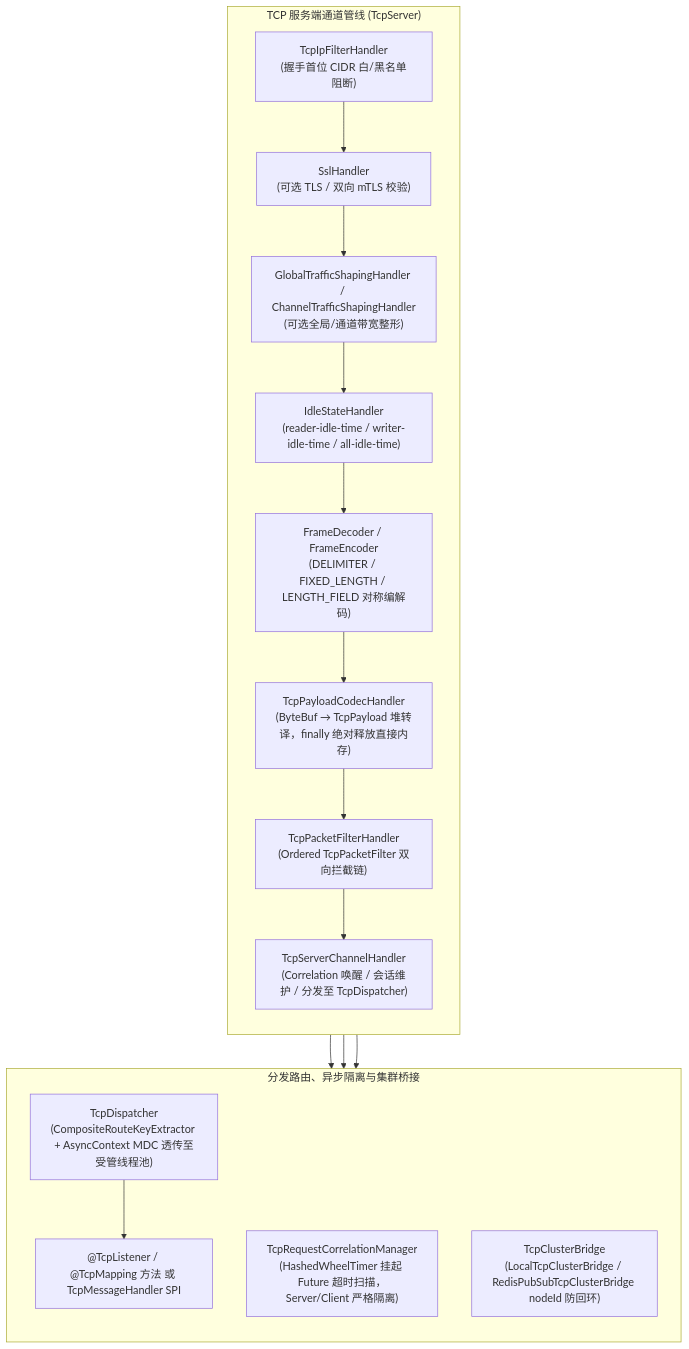
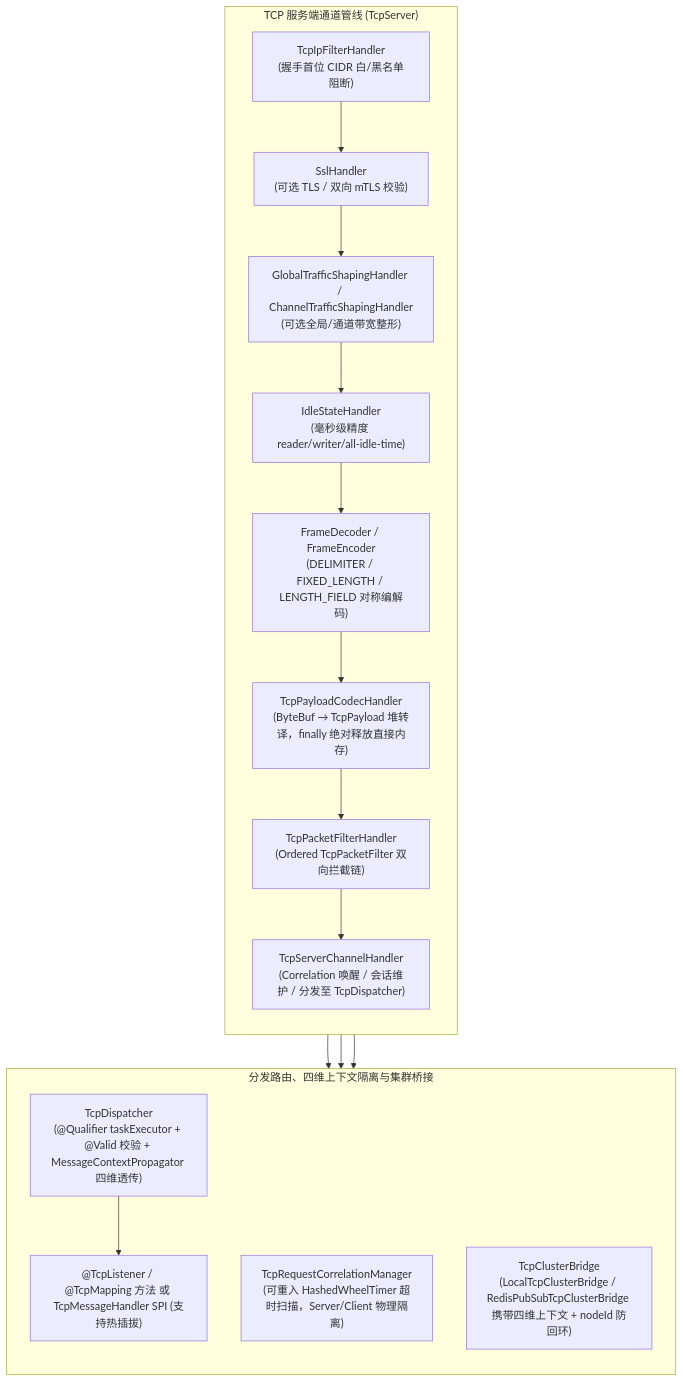
Before and after one commit to atengk/ateng-boot: the diagram in ateng-boot-tcp/README.md, drawn with Mermaid. The commit also changed other lines of this file and 4 other files, not shown here.

````diff
--- a/ateng-boot-tcp/README.md
+++ b/ateng-boot-tcp/README.md
@@ -156,28 +180,28 @@
 ```mermaid
 flowchart TD
     subgraph ServerPipeline["TCP 服务端通道管线 (TcpServer)"]
         direction TB
         S1["TcpIpFilterHandler\n(握手首位 CIDR 白/黑名单阻断)"]
         S2["SslHandler\n(可选 TLS / 双向 mTLS 校验)"]
         S3["GlobalTrafficShapingHandler / ChannelTrafficShapingHandler\n(可选全局/通道带宽整形)"]
-        S4["IdleStateHandler\n(reader-idle-time / writer-idle-time / all-idle-time)"]
+        S4["IdleStateHandler\n(毫秒级精度 reader/writer/all-idle-time)"]
         S5["FrameDecoder / FrameEncoder\n(DELIMITER / FIXED_LENGTH / LENGTH_FIELD 对称编解码)"]
         S6["TcpPayloadCodecHandler\n(ByteBuf → TcpPayload 堆转译，finally 绝对释放直接内存)"]
         S7["TcpPacketFilterHandler\n(Ordered TcpPacketFilter 双向拦截链)"]
         S8["TcpServerChannelHandler\n(Correlation 唤醒 / 会话维护 / 分发至 TcpDispatcher)"]
         S1 --> S2 --> S3 --> S4 --> S5 --> S6 --> S7 --> S8
     end
 
-    subgraph RuntimeAndCluster["分发路由、异步隔离与集群桥接"]
+    subgraph RuntimeAndCluster["分发路由、四维上下文隔离与集群桥接"]
         direction TB
-        D1["TcpDispatcher\n(CompositeRouteKeyExtractor + AsyncContext MDC 透传至受管线程池)"]
-        D2["@TcpListener / @TcpMapping 方法 或 TcpMessageHandler<T> SPI"]
-        C1["TcpRequestCorrelationManager\n(HashedWheelTimer 挂起 Future 超时扫描，Server/Client 严格隔离)"]
-        C2["TcpClusterBridge\n(LocalTcpClusterBridge / RedisPubSubTcpClusterBridge nodeId 防回环)"]
+        D1["TcpDispatcher\n(@Qualifier taskExecutor + @Valid 校验 + MessageContextPropagator 四维透传)"]
+        D2["@TcpListener / @TcpMapping 方法 或 TcpMessageHandler<T> SPI (支持热插拔)"]
+        C1["TcpRequestCorrelationManager\n(可重入 HashedWheelTimer 超时扫描，Server/Client 物理隔离)"]
+        C2["TcpClusterBridge\n(LocalTcpClusterBridge / RedisPubSubTcpClusterBridge 携带四维上下文 + nodeId 防回环)"]
         D1 --> D2
     end
 
     S8 --> D1
     S8 --> C1
     S8 --> C2
 ```
````
